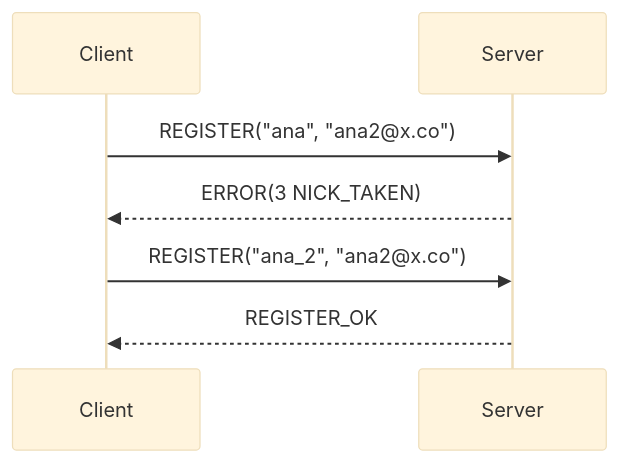
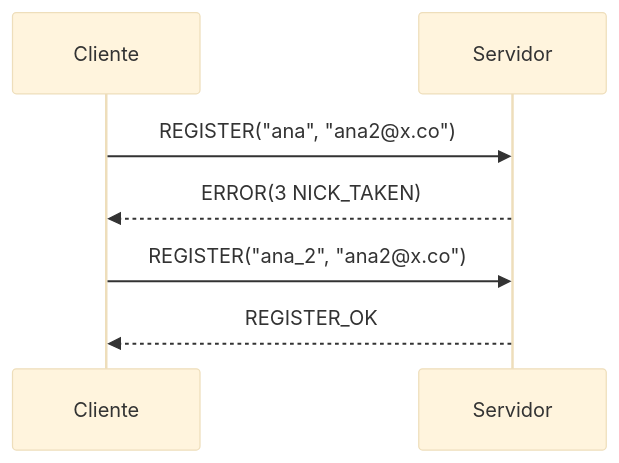
Before and after one commit to mgarciac10/ProyectoN1-Pong: the third of 4 diagrams in README.md, drawn with Mermaid (base theme). The commit also changed other lines of this file, not shown here.

````diff
--- a/README.md
+++ b/README.md
@@ -396,9 +353,9 @@
 ```mermaid
 sequenceDiagram
-    participant C as Client
-    participant S as Server
+    participant C as Cliente
+    participant S as Servidor
     C->>S: REGISTER("ana", "ana2@x.co")
     S-->>C: ERROR(3 NICK_TAKEN)
     C->>S: REGISTER("ana_2", "ana2@x.co")
     S-->>C: REGISTER_OK
 ```
````
